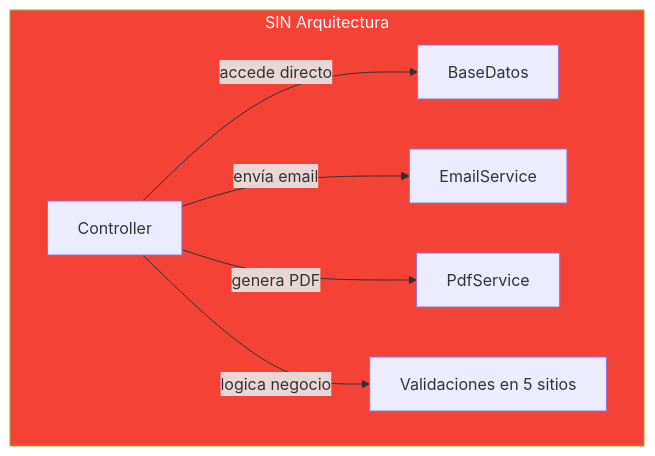
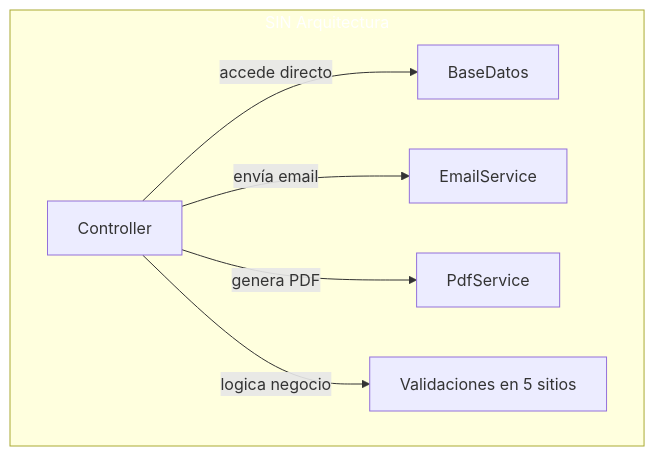
One commit to joseluisgs/DesarrolloWebEntornosServidor-02-2026-2027 changed the first of 6 diagrams in 11-clean-architecture.md. Above: the diagram before and after it, drawn with Mermaid. The commit also changed other lines of this file and 41 other files, not shown here.

````diff
--- a/11-clean-architecture.md
+++ b/11-clean-architecture.md
@@ -59,11 +59,11 @@
 ```mermaid
 flowchart TD
     subgraph MAL["SIN Arquitectura"]
         A1["Controller"] -->|"accede directo"| B1["BaseDatos"]
         A1 -->|"envía email"| C1["EmailService"]
         A1 -->|"genera PDF"| D1["PdfService"]
         A1 -->|"logica negocio"| E1["Validaciones en 5 sitios"]
     end
 
-    style MAL fill:#f44336,color:#fff
+    style MAL fill:#f4433,color:#fff6,color:#fff
 ```
````
